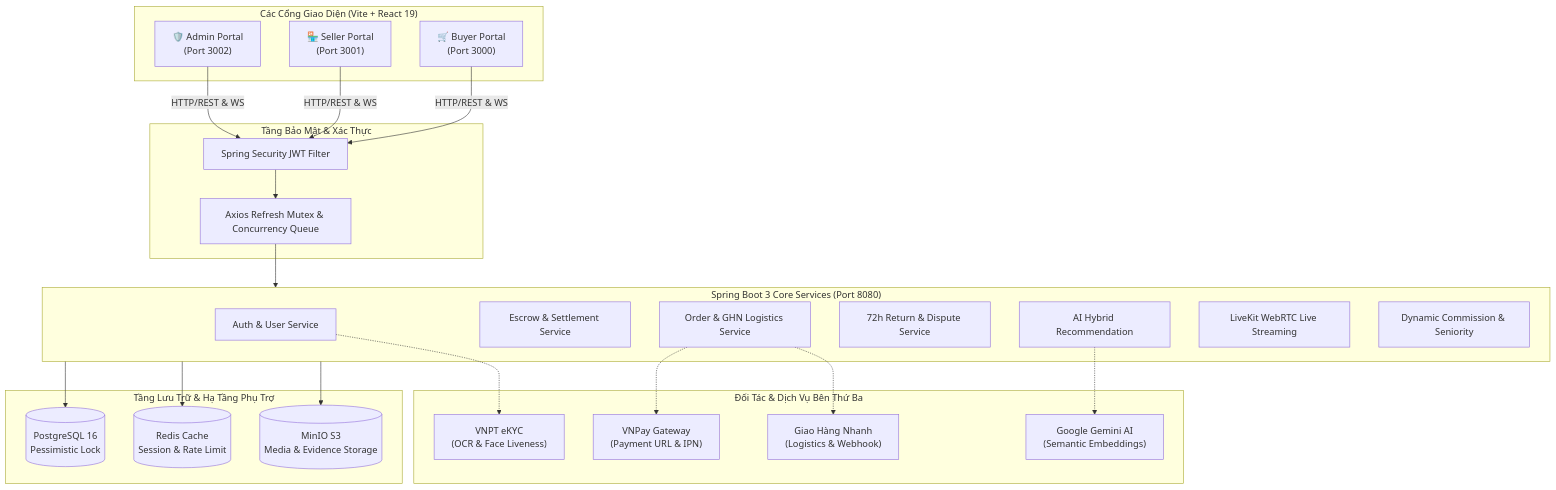
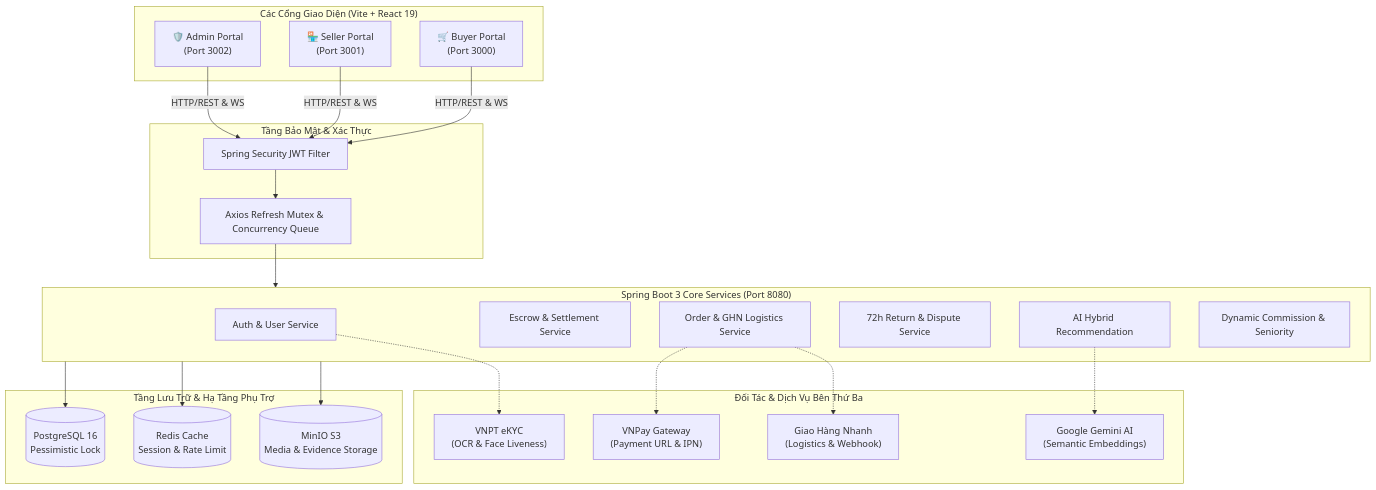
Before and after one commit to yyursup/E-commerce: the diagram in README.md, drawn with Mermaid. The commit also changed other lines of this file and 51 other files, not shown here.

````diff
--- a/README.md
+++ b/README.md
@@ -19,51 +19,50 @@
 ```mermaid
 graph TD
     subgraph Clients ["Các Cổng Giao Diện (Vite + React 19)"]
         FE_BUYER["🛒 Buyer Portal\n(Port 3000)"]
         FE_SELLER["🏪 Seller Portal\n(Port 3001)"]
         FE_ADMIN["🛡️ Admin Portal\n(Port 3002)"]
     end
 
     subgraph Gateway_Security ["Tầng Bảo Mật & Xác Thực"]
         JWT_FILTER["Spring Security JWT Filter"]
         MUTEX_REFRESH["Axios Refresh Mutex & Concurrency Queue"]
     end
 
     subgraph Backend_Core ["Spring Boot 3 Core Services (Port 8080)"]
         AUTH_SVC["Auth & User Service"]
         ESCROW_SVC["Escrow & Settlement Service"]
         ORDER_SVC["Order & GHN Logistics Service"]
         RETURN_SVC["72h Return & Dispute Service"]
         RECOMMEND_SVC["AI Hybrid Recommendation"]
-        LIVEKIT_SVC["LiveKit WebRTC Live Streaming"]
         COMMISSION_SVC["Dynamic Commission & Seniority"]
     end
 
     subgraph Data_Storage ["Tầng Lưu Trữ & Hạ Tầng Phụ Trợ"]
         POSTGRES[("PostgreSQL 16\nPessimistic Lock")]
         REDIS[("Redis Cache\nSession & Rate Limit")]
         MINIO[("MinIO S3\nMedia & Evidence Storage")]
     end
 
     subgraph External_APIs ["Đối Tác & Dịch Vụ Bên Thứ Ba"]
         VNPT["VNPT eKYC\n(OCR & Face Liveness)"]
         VNPAY["VNPay Gateway\n(Payment URL & IPN)"]
         GHN["Giao Hàng Nhanh\n(Logistics & Webhook)"]
         GEMINI["Google Gemini AI\n(Semantic Embeddings)"]
     end
 
     FE_BUYER -->|HTTP/REST & WS| JWT_FILTER
     FE_SELLER -->|HTTP/REST & WS| JWT_FILTER
     FE_ADMIN -->|HTTP/REST & WS| JWT_FILTER
     JWT_FILTER --> MUTEX_REFRESH
     MUTEX_REFRESH --> Backend_Core
 
     Backend_Core --> POSTGRES
     Backend_Core --> REDIS
     Backend_Core --> MINIO
 
     AUTH_SVC -.-> VNPT
     ORDER_SVC -.-> VNPAY
     ORDER_SVC -.-> GHN
     RECOMMEND_SVC -.-> GEMINI
 ```
````
